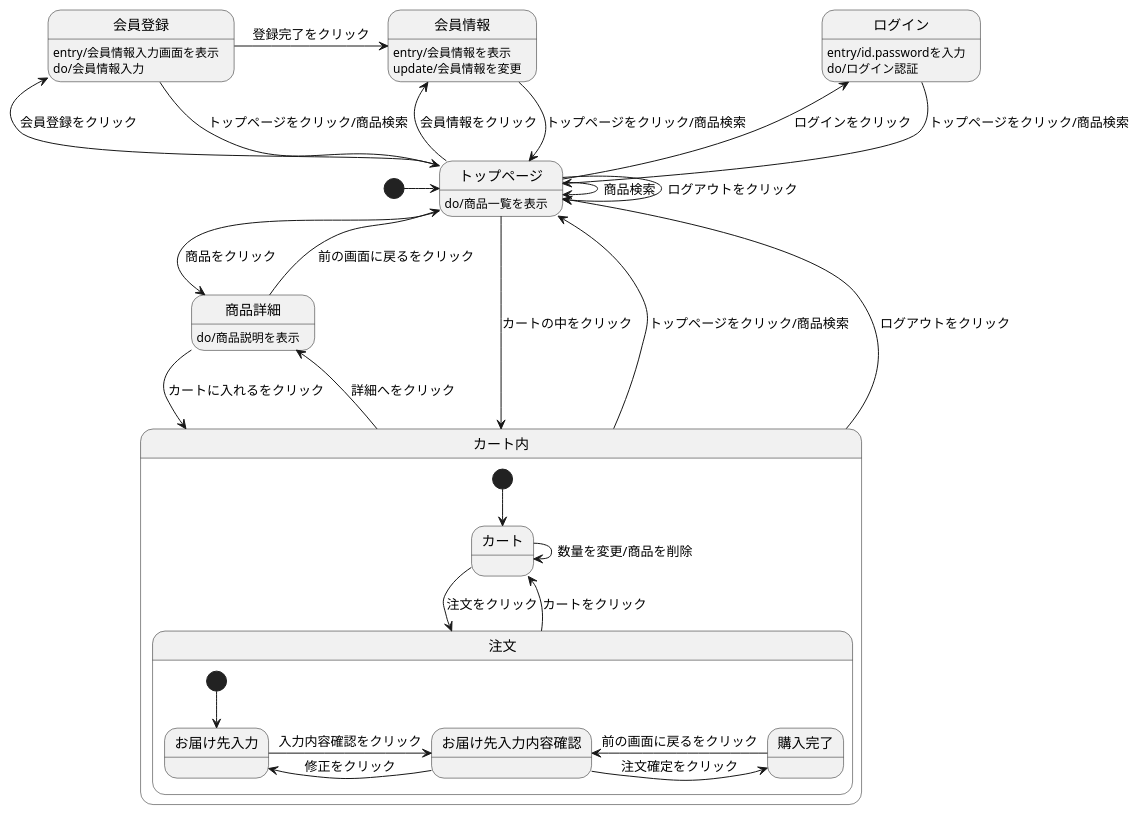
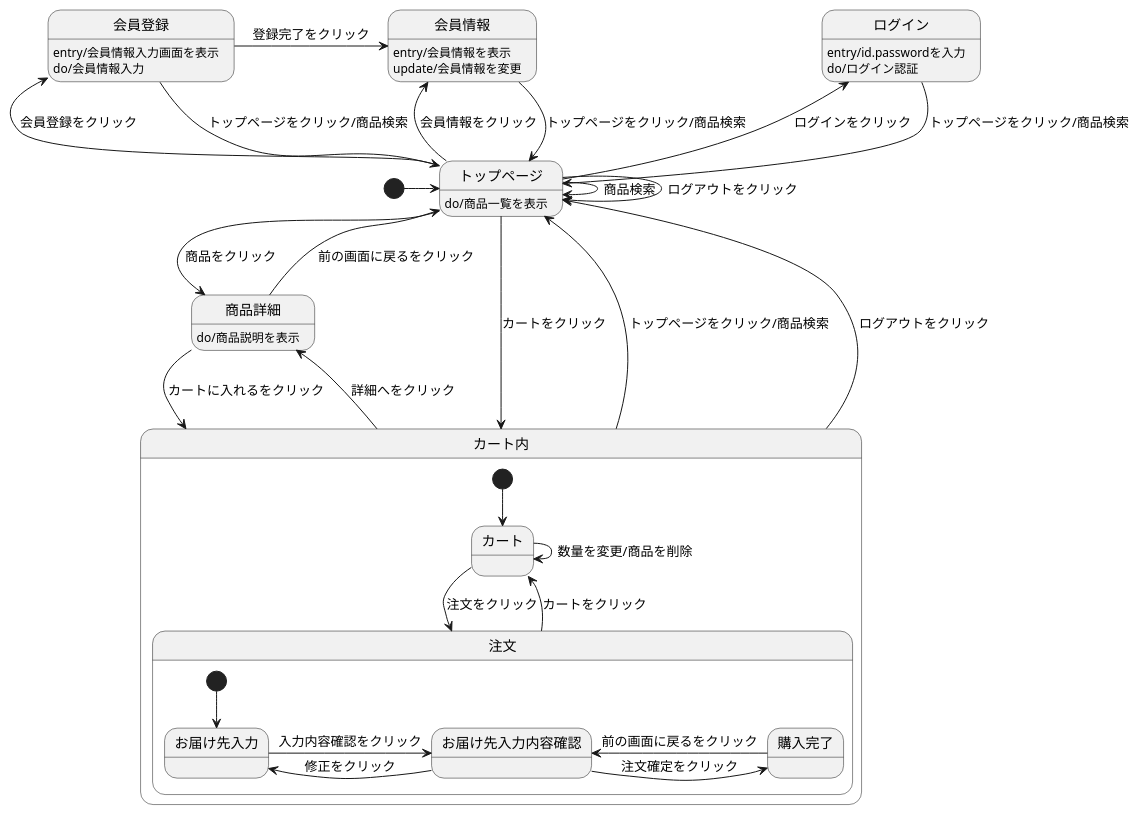
The diagram in shopping1.md (Aso2001027/2021sys-design), drawn with PlantUML before and after one commit.

````diff
--- a/shopping1.md
+++ b/shopping1.md
@@ -1,43 +1,43 @@
 ```uml
 @startuml
 [*] -> トップページ
 会員情報 --> トップページ : トップページをクリック/商品検索
 ログイン --> トップページ : トップページをクリック/商品検索
 ログイン : entry/id.passwordを入力
 ログイン : do/ログイン認証
 会員登録 -> 会員情報 : 登録完了をクリック
 会員登録 --> トップページ : トップページをクリック/商品検索
 会員登録 : entry/会員情報入力画面を表示
 会員登録 : do/会員情報入力
 トップページ -left-> 会員情報 : 会員情報をクリック
 会員情報 : entry/会員情報を表示
 会員情報 : update/会員情報を変更
 トップページ --> トップページ : ログアウトをクリック
 トップページ -> トップページ : 商品検索
 トップページ -> 商品詳細 : 商品をクリック
 トップページ -left-> 会員登録 : 会員登録をクリック
 トップページ -left-> ログイン : ログインをクリック
-トップページ --> カート内 : カートの中をクリック
+トップページ --> カート内 : カートをクリック
 トップページ : do/商品一覧を表示
 商品詳細 --> カート内 : カートに入れるをクリック
 商品詳細 --> トップページ : 前の画面に戻るをクリック
 商品詳細 : do/商品説明を表示
 カート内 -up-> トップページ : トップページをクリック/商品検索
 カート内 -up-> トップページ : ログアウトをクリック
 カート内 -> 商品詳細 : 詳細へをクリック
 
 state カート内{
 [*] --> カート
 カート -> 注文 : 注文をクリック
 カート -> カート : 数量を変更/商品を削除
 注文 --> カート : カートをクリック
 state 注文 {
 [*] --> お届け先入力
 お届け先入力 -> お届け先入力内容確認 : 入力内容確認をクリック
 お届け先入力内容確認 -> お届け先入力 : 修正をクリック
 お届け先入力内容確認 -> 購入完了 : 注文確定をクリック
 購入完了 -> お届け先入力内容確認 : 前の画面に戻るをクリック
   }
 }
 @enduml
 ```
````
